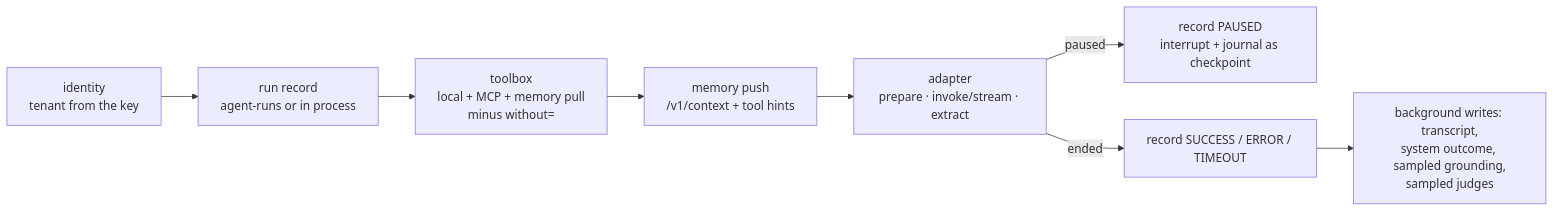
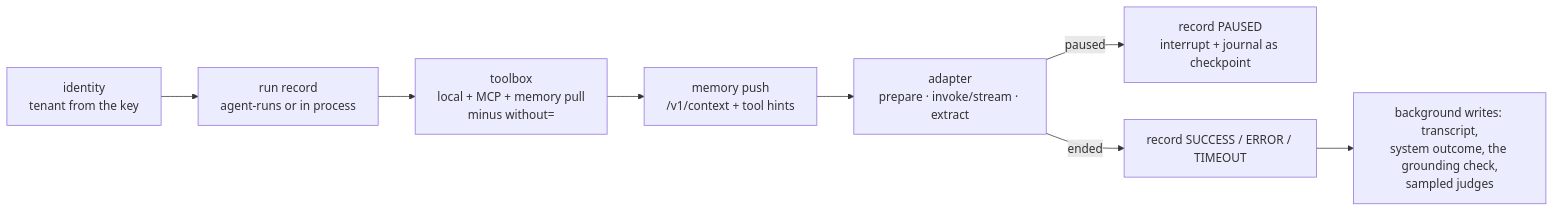
Before and after one commit to amitmohapatra/agent-harness: the fifth of 10 diagrams in docs/architecture.md, drawn with Mermaid. The commit also changed 27 other files, not shown here.

````diff
--- a/docs/architecture.md
+++ b/docs/architecture.md
@@ -282,10 +282,10 @@
 ```mermaid
 flowchart LR
   A[identity<br/>tenant from the key] --> B[run record<br/>agent-runs or in process]
   B --> C[toolbox<br/>local + MCP + memory pull<br/>minus without=]
   C --> D[memory push<br/>/v1/context + tool hints]
   D --> E[adapter<br/>prepare · invoke/stream · extract]
   E -->|paused| F[record PAUSED<br/>interrupt + journal as checkpoint]
   E -->|ended| G[record SUCCESS / ERROR / TIMEOUT]
-  G --> H[background writes: transcript,<br/>system outcome, sampled grounding,<br/>sampled judges]
+  G --> H[background writes: transcript,<br/>system outcome, the grounding check,<br/>sampled judges]
 ```
````
